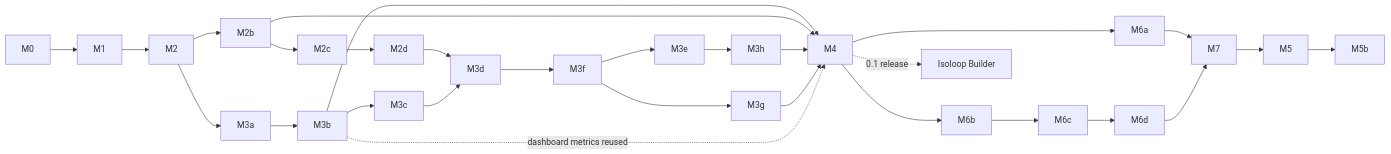
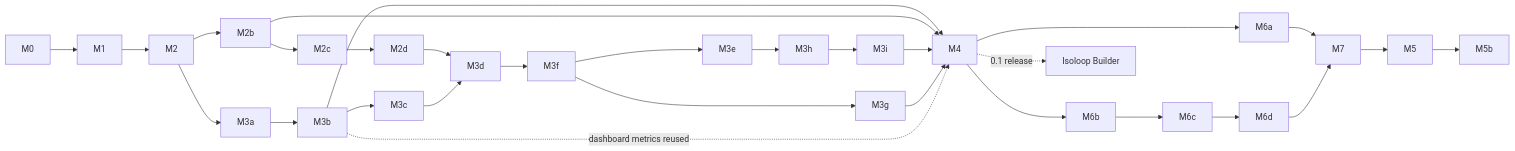
One commit to isoloop/isoloop changed the diagram in docs/plans/README.md. Above: the diagram before and after it, drawn with Mermaid. The commit also changed other lines of this file and 4 other files, not shown here.

````diff
--- a/docs/plans/README.md
+++ b/docs/plans/README.md
@@ -36,13 +37,13 @@
 ```mermaid
 flowchart LR
   M0 --> M1 --> M2 --> M3a --> M3b --> M4
   M2 --> M2b --> M4
   M4 --> M6a & M6b
   M6b --> M6c --> M6d
   M6a & M6d --> M7 --> M5 --> M5b
   M4 -. "0.1 release" .-> Builder["Isoloop Builder"]
-  M2b --> M2c --> M2d --> M3d --> M3f --> M3e --> M3h --> M4
+  M2b --> M2c --> M2d --> M3d --> M3f --> M3e --> M3h --> M3i --> M4
   M3f --> M3g --> M4
   M3b --> M3c --> M3d
   M3b -. "dashboard metrics reused" .-> M4
 ```
````
